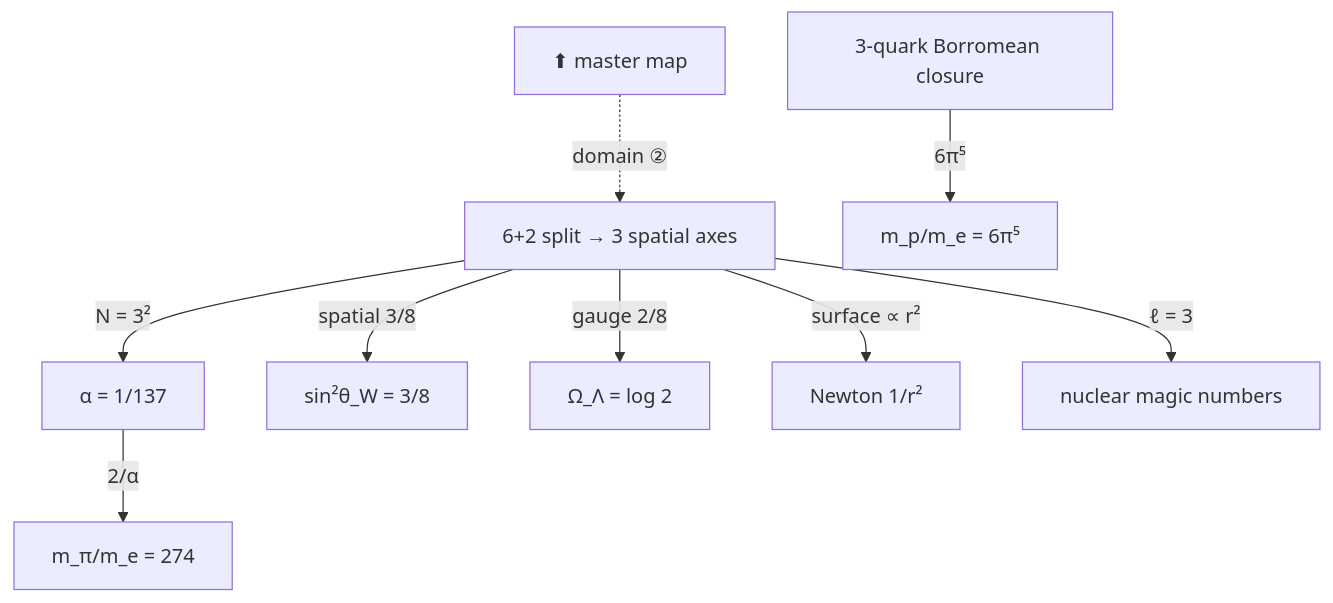
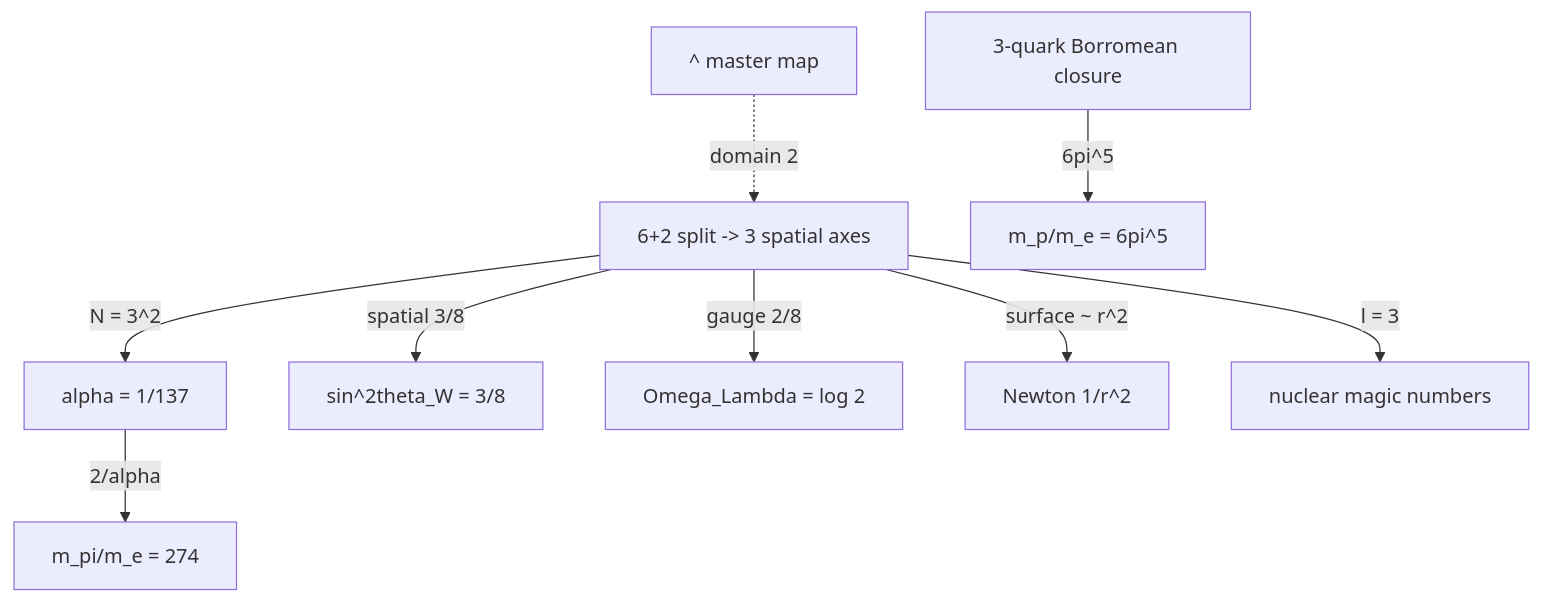
Before and after one commit to jimscarver/quantum-logical-framework: the third of 11 diagrams in FlowChart.md, drawn with Mermaid. The commit also changed other lines of this file, not shown here.

First line of the commit message:
FlowChart.md: flatten <br/> and all unicode to ASCII in Mermaid blocks (render robustness)

````diff
--- a/FlowChart.md
+++ b/FlowChart.md
@@ -60,11 +60,11 @@
 ```mermaid
 flowchart TD
-  H2["⬆ master map"] -.->|"domain ②"| SP["6+2 split → 3 spatial axes"]
-  SP -->|"N = 3²"| AL["α = 1/137"]
-  SP -->|"spatial 3/8"| WK["sin²θ_W = 3/8"]
-  SP -->|"gauge 2/8"| OL["Ω_Λ = log 2"]
-  SP -->|"surface ∝ r²"| NW["Newton 1/r²"]
-  SP -->|"ℓ = 3"| MG["nuclear magic numbers"]
-  S2["3-quark Borromean closure"] -->|"6π⁵"| MP["m_p/m_e = 6π⁵"]
-  AL -->|"2/α"| MPI["m_π/m_e = 274"]
+  H2["^ master map"] -.->|"domain 2"| SP["6+2 split -> 3 spatial axes"]
+  SP -->|"N = 3^2"| AL["alpha = 1/137"]
+  SP -->|"spatial 3/8"| WK["sin^2theta_W = 3/8"]
+  SP -->|"gauge 2/8"| OL["Omega_Lambda = log 2"]
+  SP -->|"surface ~ r^2"| NW["Newton 1/r^2"]
+  SP -->|"l = 3"| MG["nuclear magic numbers"]
+  S2["3-quark Borromean closure"] -->|"6pi^5"| MP["m_p/m_e = 6pi^5"]
+  AL -->|"2/alpha"| MPI["m_pi/m_e = 274"]
 ```
````
